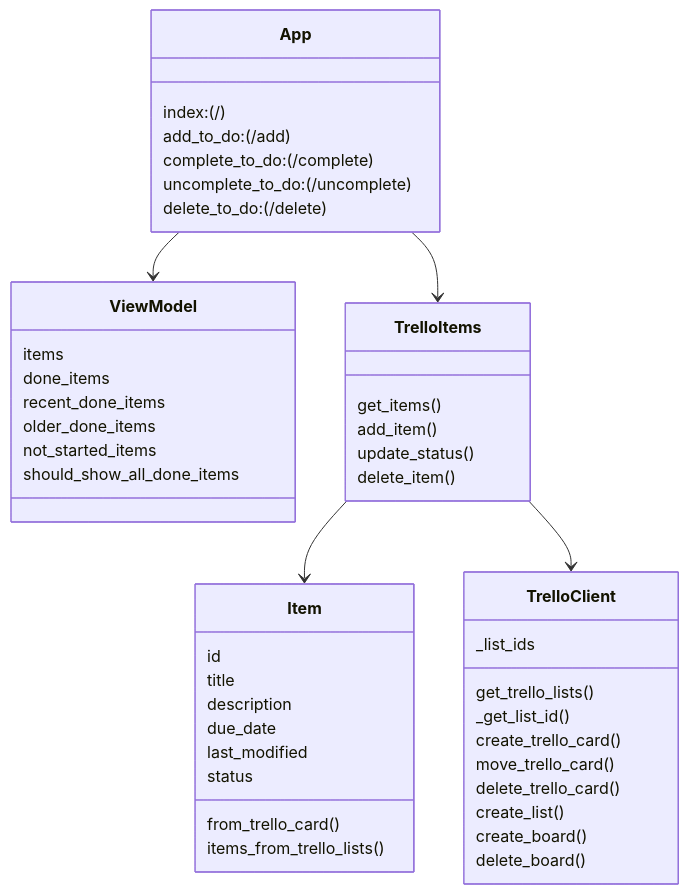
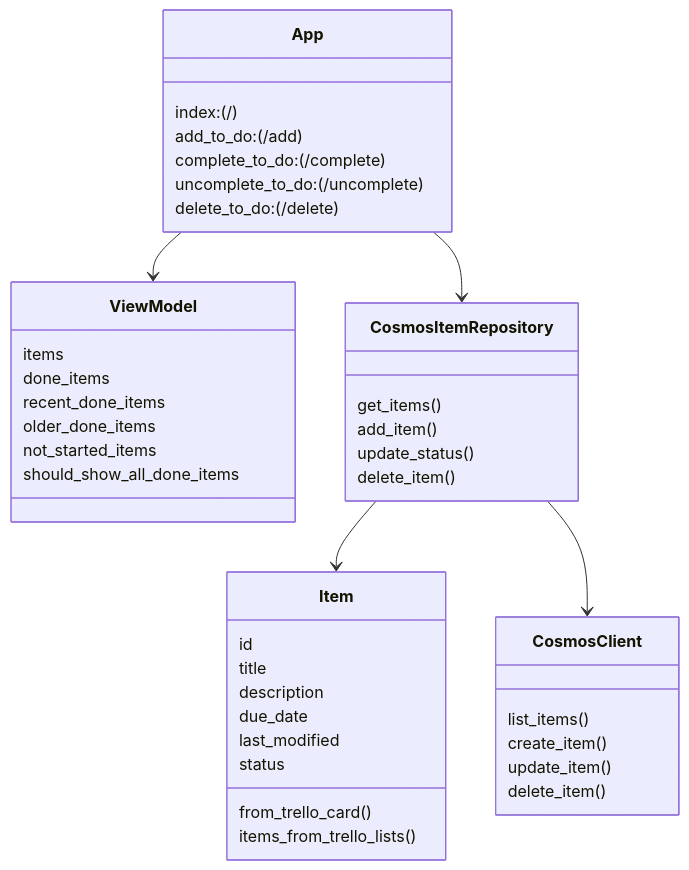
The diagram in architecture/code.mmd (Travis-Softwire/DevOps-Course-Starter), drawn with Mermaid before and after one commit. The commit also changed 32 other files, not shown here.

```diff
--- a/architecture/code.mmd
+++ b/architecture/code.mmd
@@ -1,47 +1,42 @@
 classDiagram
     App --> ViewModel
-    App --> TrelloItems
-    TrelloItems --> Item
-    TrelloItems --> TrelloClient
+    App --> CosmosItemRepository
+    CosmosItemRepository --> Item
+    CosmosItemRepository --> CosmosClient
     class App {
         index:(/)
         add_to_do:(/add)
         complete_to_do:(/complete)
         uncomplete_to_do:(/uncomplete)
         delete_to_do:(/delete)
     }
-    class TrelloItems {
+    class CosmosItemRepository {
         get_items()
         add_item()
         update_status()
         delete_item()
     }
     class Item {
         id
         title
         description
         due_date
         last_modified
         status
         from_trello_card()
         items_from_trello_lists()
     }
-    class TrelloClient {
-        _list_ids
-        get_trello_lists()
-        _get_list_id()
-        create_trello_card()
-        move_trello_card()
-        delete_trello_card()
-        create_list()
-        create_board()
-        delete_board()
+    class CosmosClient {
+        list_items()
+        create_item()
+        update_item()
+        delete_item()
     }
     class ViewModel {
         items
         done_items
         recent_done_items
         older_done_items
         not_started_items
         should_show_all_done_items
     }
```
